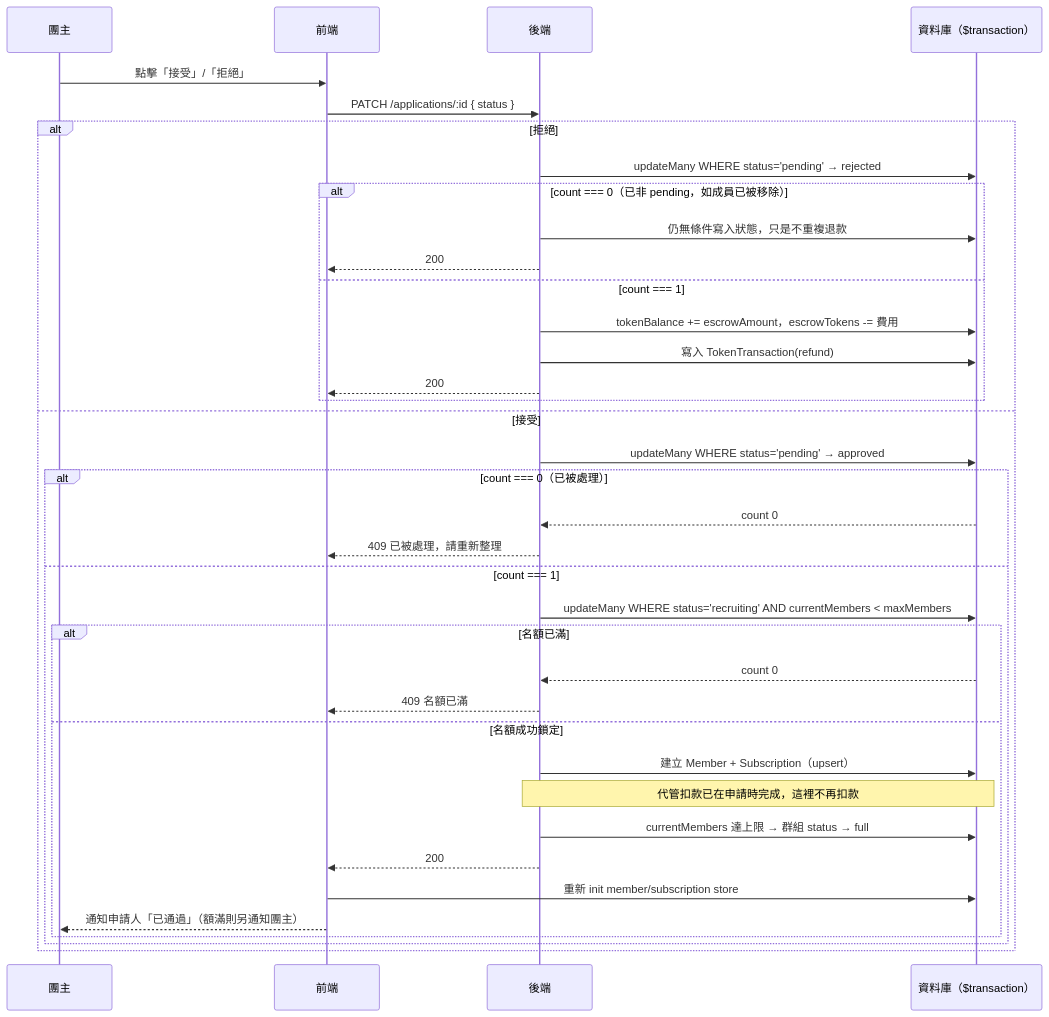
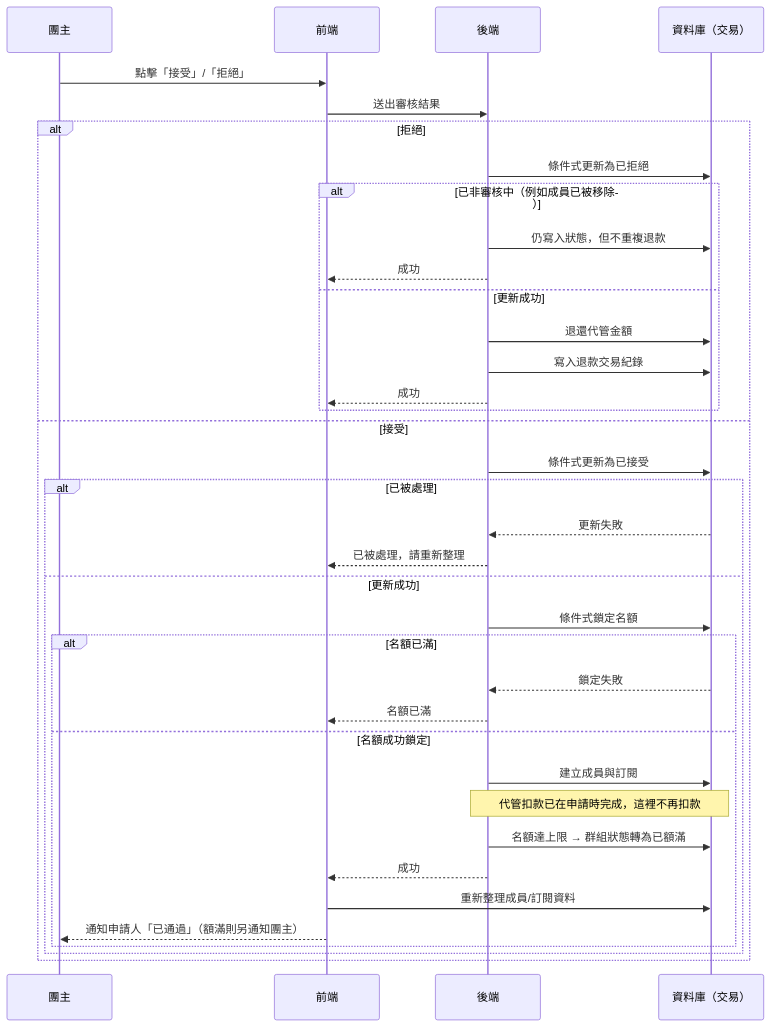
The diagram in docs/flows/approval-flow.md (s1092055/PartyMatch), drawn with Mermaid before and after one commit. The commit also changed other lines of this file and 12 other files, not shown here.

First line of the commit message:
docs: 精簡 flows 文件敘述，拿掉變數/prop/class 名與英文直翻術語

````diff
--- a/docs/flows/approval-flow.md
+++ b/docs/flows/approval-flow.md
@@ -8,41 +8,41 @@
 ```mermaid
 sequenceDiagram
     participant H as 團主
     participant FE as 前端
     participant BE as 後端
-    participant DB as 資料庫（$transaction）
+    participant DB as 資料庫（交易）
 
     H->>FE: 點擊「接受」/「拒絕」
-    FE->>BE: PATCH /applications/:id { status }
+    FE->>BE: 送出審核結果
 
     alt 拒絕
-        BE->>DB: updateMany WHERE status='pending' → rejected
-        alt count === 0（已非 pending，如成員已被移除）
-            BE->>DB: 仍無條件寫入狀態，只是不重複退款
-            BE-->>FE: 200
-        else count === 1
-            BE->>DB: tokenBalance += escrowAmount，escrowTokens -= 費用
-            BE->>DB: 寫入 TokenTransaction(refund)
-            BE-->>FE: 200
+        BE->>DB: 條件式更新為已拒絕
+        alt 已非審核中（例如成員已被移除）
+            BE->>DB: 仍寫入狀態，但不重複退款
+            BE-->>FE: 成功
+        else 更新成功
+            BE->>DB: 退還代管金額
+            BE->>DB: 寫入退款交易紀錄
+            BE-->>FE: 成功
         end
     else 接受
-        BE->>DB: updateMany WHERE status='pending' → approved
-        alt count === 0（已被處理）
-            DB-->>BE: count 0
-            BE-->>FE: 409 已被處理，請重新整理
-        else count === 1
-            BE->>DB: updateMany WHERE status='recruiting' AND currentMembers < maxMembers
+        BE->>DB: 條件式更新為已接受
+        alt 已被處理
+            DB-->>BE: 更新失敗
+            BE-->>FE: 已被處理，請重新整理
+        else 更新成功
+            BE->>DB: 條件式鎖定名額
             alt 名額已滿
-                DB-->>BE: count 0
-                BE-->>FE: 409 名額已滿
+                DB-->>BE: 鎖定失敗
+                BE-->>FE: 名額已滿
             else 名額成功鎖定
-                BE->>DB: 建立 Member + Subscription（upsert）
+                BE->>DB: 建立成員與訂閱
                 Note over BE,DB: 代管扣款已在申請時完成，這裡不再扣款
-                BE->>DB: currentMembers 達上限 → 群組 status → full
-                BE-->>FE: 200
-                FE->>DB: 重新 init member/subscription store
+                BE->>DB: 名額達上限 → 群組狀態轉為已額滿
+                BE-->>FE: 成功
+                FE->>DB: 重新整理成員/訂閱資料
                 FE-->>H: 通知申請人「已通過」（額滿則另通知團主）
             end
         end
     end
 ```
````
